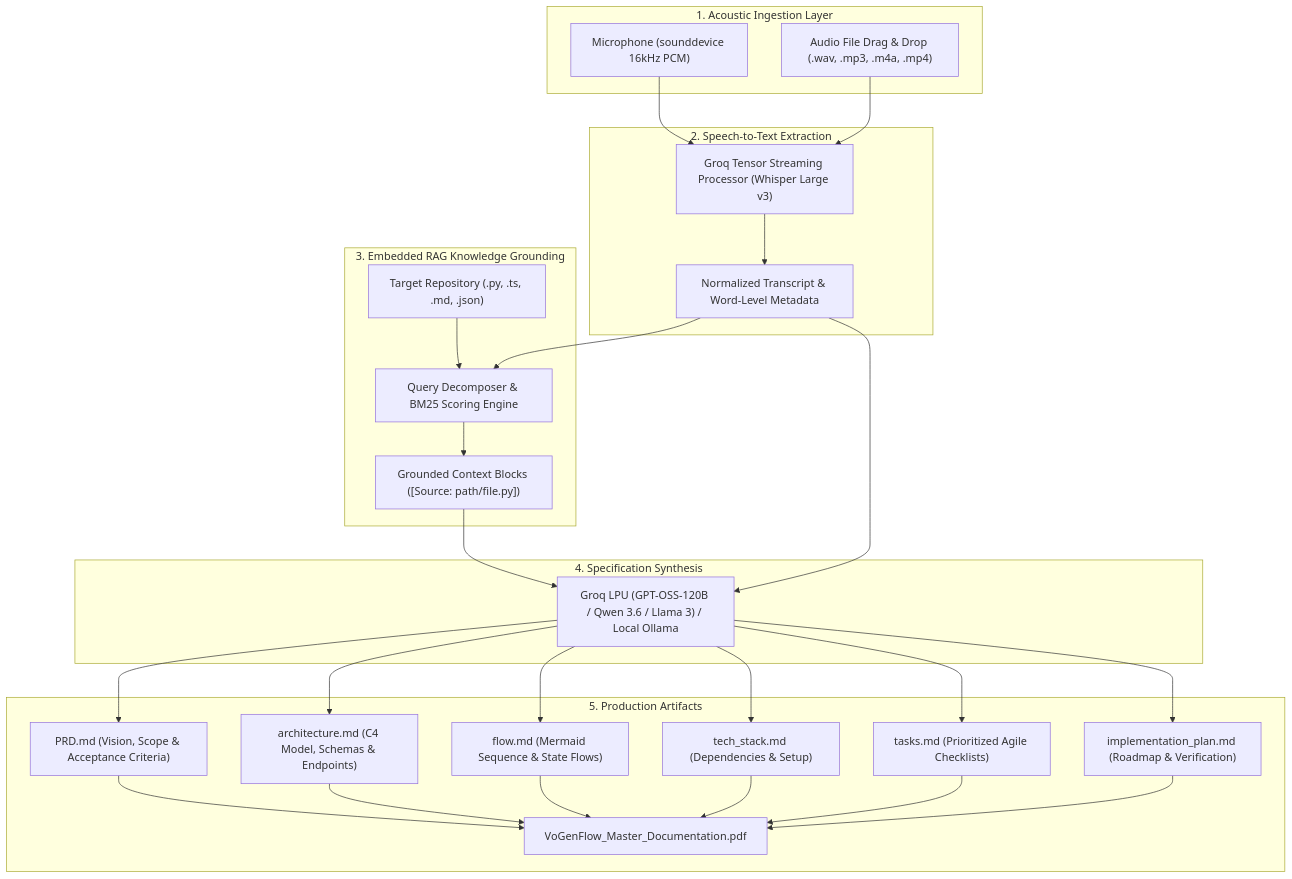
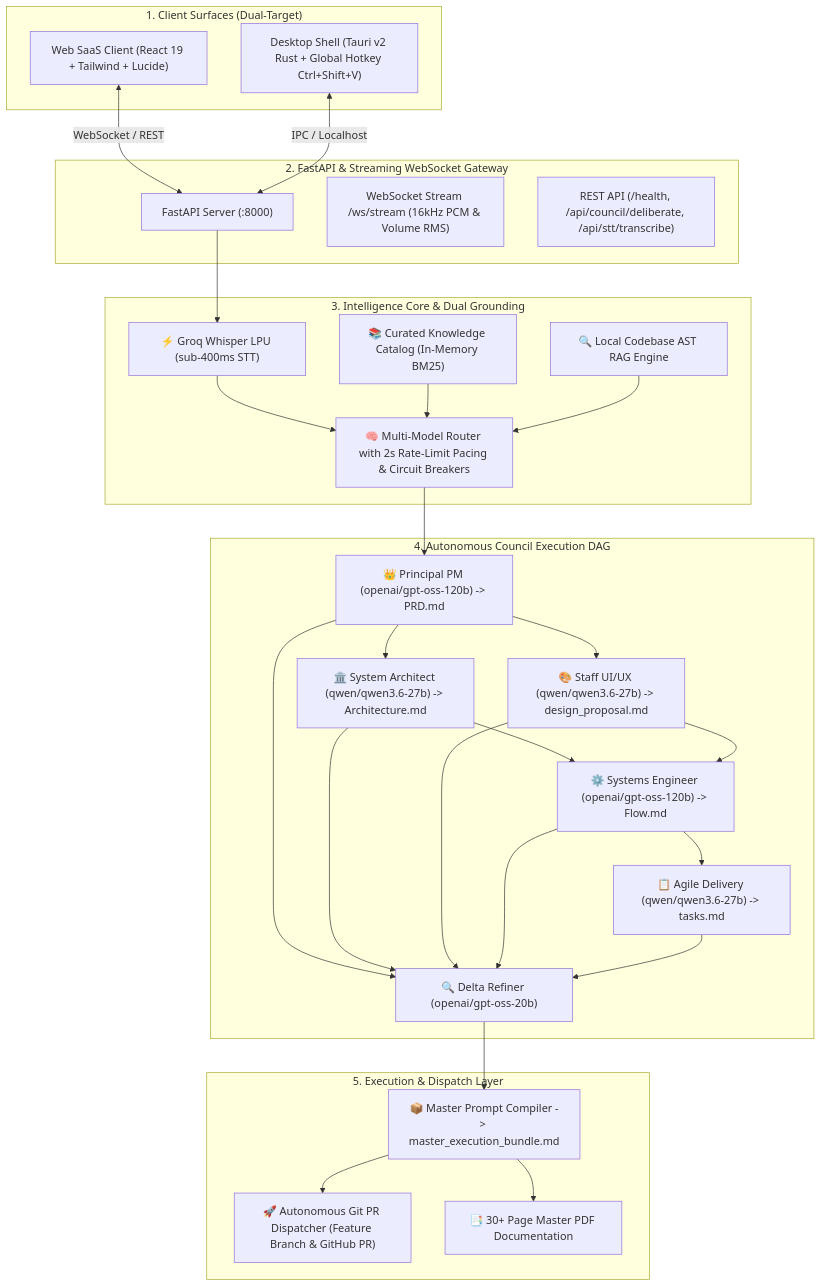
The diagram in README.md (maihun-rsc/VoGenFlow-Voice-Based-Insights-Generation), drawn with Mermaid before and after one commit. The commit also changed other lines of this file and 26 other files, not shown here.

Commit message:
feat: Deliver complete 4-phase Vo-Gen-Flow with Council Engine, WebSocket Gateway, PR Dispatcher, and Penetration Testing

````diff
--- a/README.md
+++ b/README.md
@@ -50,48 +32,42 @@
 ```mermaid
 flowchart TD
-    subgraph Audio_Capture ["1. Acoustic Ingestion Layer"]
-        Mic["Microphone (sounddevice 16kHz PCM)"]
-        DropFile["Audio File Drag & Drop (.wav, .mp3, .m4a, .mp4)"]
+    subgraph Client_Surfaces ["1. Client Surfaces (Dual-Target)"]
+        WebClient["Web SaaS Client (React 19 + Tailwind + Lucide)"]
+        DesktopClient["Desktop Shell (Tauri v2 Rust + Global Hotkey Ctrl+Shift+V)"]
     end
 
-    subgraph STT_Inference ["2. Speech-to-Text Extraction"]
-        GroqLPU["Groq Tensor Streaming Processor (Whisper Large v3)"]
-        CleanTranscript["Normalized Transcript & Word-Level Metadata"]
+    subgraph API_Gateway ["2. FastAPI & Streaming WebSocket Gateway"]
+        Gateway["FastAPI Server (:8000)"]
+        WS["WebSocket Stream /ws/stream (16kHz PCM & Volume RMS)"]
+        REST["REST API (/health, /api/council/deliberate, /api/stt/transcribe)"]
+        WebClient <-->|WebSocket / REST| Gateway
+        DesktopClient <-->|IPC / Localhost| Gateway
     end
 
-    subgraph RAG_Engine ["3. Embedded RAG Knowledge Grounding"]
-        Codebase["Target Repository (.py, .ts, .md, .json)"]
-        Decomp["Query Decomposer & BM25 Scoring Engine"]
-        Context["Grounded Context Blocks ([Source: path/file.py])"]
+    subgraph Intelligence_Core ["3. Intelligence Core & Dual Grounding"]
+        STT["⚡ Groq Whisper LPU (sub-400ms STT)"]
+        Catalog["📚 Curated Knowledge Catalog (In-Memory BM25)"]
+        LocalRAG["🔍 Local Codebase AST RAG Engine"]
+        Router["🧠 Multi-Model Router with 2s Rate-Limit Pacing & Circuit Breakers"]
+        
+        Gateway --> STT
+        STT --> Router
+        Catalog --> Router
+        LocalRAG --> Router
     end
 
-    subgraph LLM_Synthesizer ["4. Specification Synthesis"]
-        GroqLLM["Groq LPU (GPT-OSS-120B / Qwen 3.6 / Llama 3) / Local Ollama"]
+    subgraph Multi_Model_Council ["4. Autonomous Council Execution DAG"]
+        Router --> M_PM["👑 Principal PM (openai/gpt-oss-120b) -> PRD.md"]
+        M_PM --> M_Arch["🏛️ System Architect (qwen/qwen3.6-27b) -> Architecture.md"]
+        M_PM --> M_UI["🎨 Staff UI/UX (qwen/qwen3.6-27b) -> design_proposal.md"]
+        M_Arch & M_UI --> M_Sys["⚙️ Systems Engineer (openai/gpt-oss-120b) -> Flow.md"]
+        M_Sys --> M_Agile["📋 Agile Delivery (qwen/qwen3.6-27b) -> tasks.md"]
+        M_PM & M_Arch & M_UI & M_Sys & M_Agile --> M_Diff["🔍 Delta Refiner (openai/gpt-oss-20b)"]
     end
 
-    subgraph Blueprints ["5. Production Artifacts"]
-        PRD["PRD.md (Vision, Scope & Acceptance Criteria)"]
-        Arch["architecture.md (C4 Model, Schemas & Endpoints)"]
-        Flow["flow.md (Mermaid Sequence & State Flows)"]
-        Tech["tech_stack.md (Dependencies & Setup)"]
-        Tasks["tasks.md (Prioritized Agile Checklists)"]
-        Plan["implementation_plan.md (Roadmap & Verification)"]
-        PDF["VoGenFlow_Master_Documentation.pdf"]
+    subgraph Autonomous_Dispatch ["5. Execution & Dispatch Layer"]
+        M_Diff --> Compiler["📦 Master Prompt Compiler -> master_execution_bundle.md"]
+        Compiler --> PRDispatcher["🚀 Autonomous Git PR Dispatcher (Feature Branch & GitHub PR)"]
+        Compiler --> PDFReport["📑 30+ Page Master PDF Documentation"]
     end
-
-    Mic --> GroqLPU
-    DropFile --> GroqLPU
-    GroqLPU --> CleanTranscript
-    CleanTranscript --> Decomp
-    Codebase --> Decomp
-    Decomp --> Context
-    Context --> GroqLLM
-    CleanTranscript --> GroqLLM
-    GroqLLM --> PRD
-    GroqLLM --> Arch
-    GroqLLM --> Flow
-    GroqLLM --> Tech
-    GroqLLM --> Tasks
-    GroqLLM --> Plan
-    PRD & Arch & Flow & Tech & Tasks & Plan --> PDF
 ```
````
